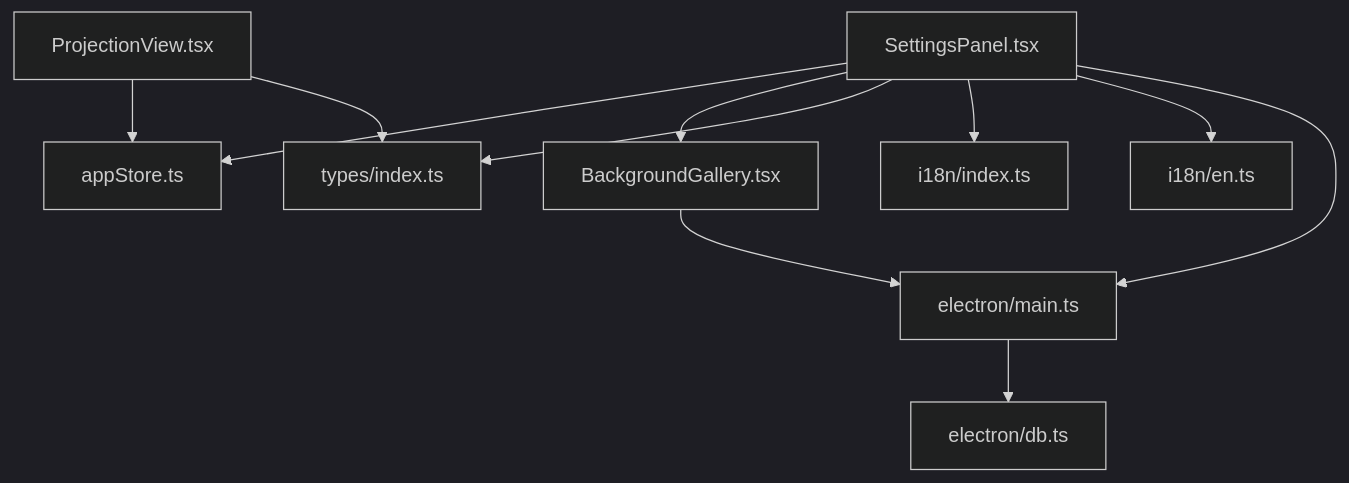
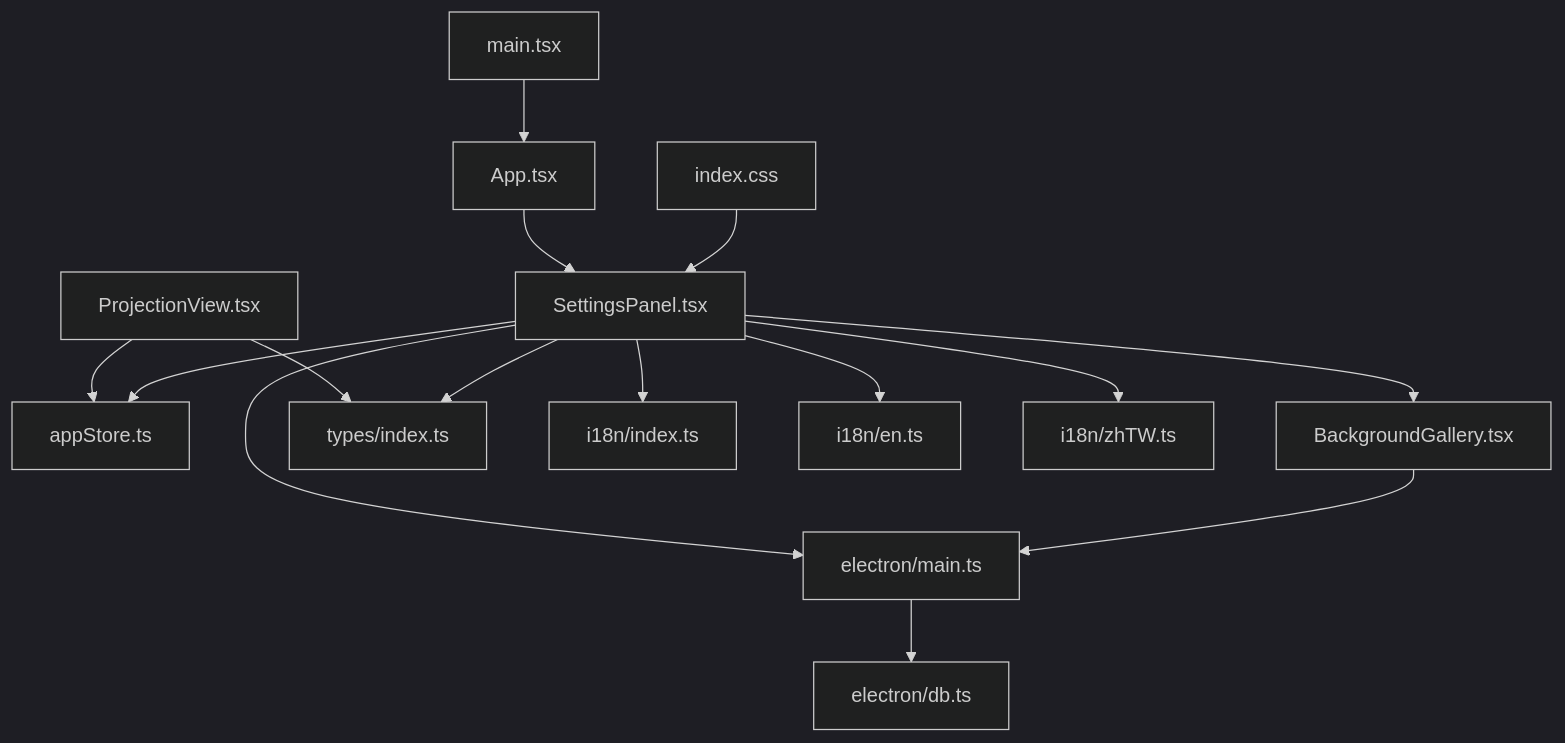
Before and after one commit to jimmywyk/lyricdeck: the first of 9 diagrams in .qoder/repowiki/en/content/User Interface Components/Settings and Configuration Component.md, drawn with Mermaid (dark theme). The commit also changed other lines of this file and 11 other files, not shown here.

````diff
--- a/.qoder/repowiki/en/content/User Interface Components/Settings and Configuration Component.md
+++ b/.qoder/repowiki/en/content/User Interface Components/Settings and Configuration Component.md
@@ -33,13 +46,17 @@
 ```mermaid
 graph TB
 SP["SettingsPanel.tsx"] --> AS["appStore.ts"]
 SP --> BG["BackgroundGallery.tsx"]
 SP --> T["types/index.ts"]
 SP --> I18N["i18n/index.ts"]
 SP --> I18N_EN["i18n/en.ts"]
+SP --> I18N_ZH["i18n/zhTW.ts"]
 PV["ProjectionView.tsx"] --> AS
 PV --> T
 E_MAIN["electron/main.ts"] --> E_DB["electron/db.ts"]
 BG --> E_MAIN
 SP --> E_MAIN
+ICSS["index.css"] --> SP
+APP["App.tsx"] --> SP
+MAIN_APP["main.tsx"] --> APP
 ```
````
